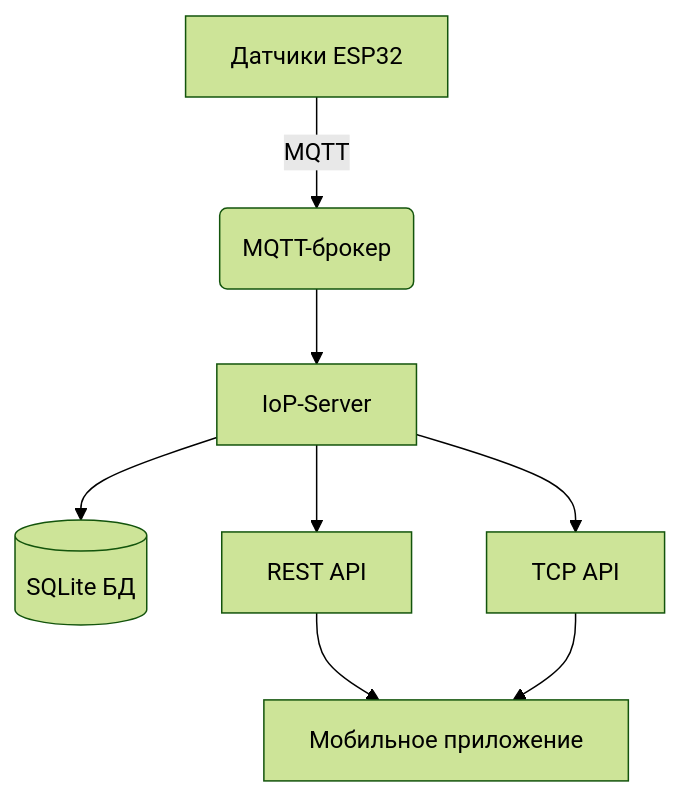
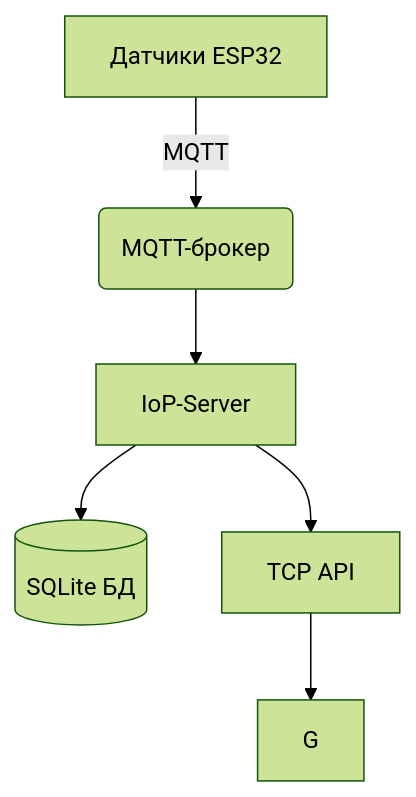
One commit to IoP-Farm/IoP-Server changed the diagram in services/README.md. Above: the diagram before and after it, drawn with Mermaid (forest theme).

Commit message:
image readme

````diff
--- a/services/README.md
+++ b/services/README.md
@@ -20,10 +20,11 @@
 ```mermaid
 graph TD
     A[Датчики ESP32] -->|MQTT| B(MQTT-брокер)
     B --> C[IoP-Server]
     C --> D[(SQLite БД)]
-    C --> E[REST API]
+    
     C --> F[TCP API]
-    E --> G[Мобильное приложение]
+    
     F --> G
+
 ```
````
